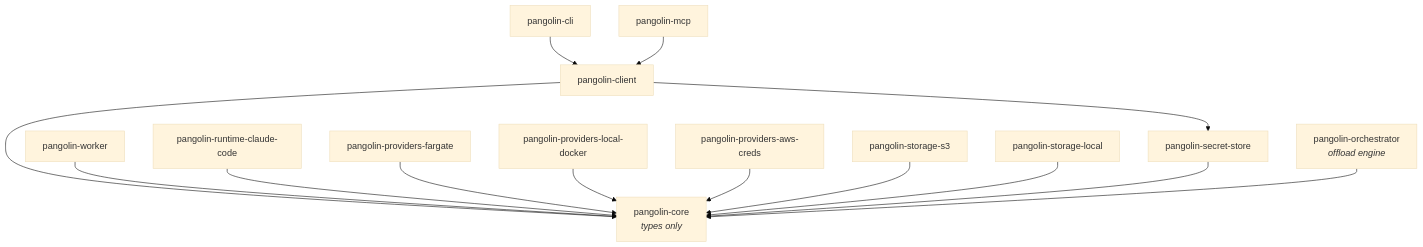
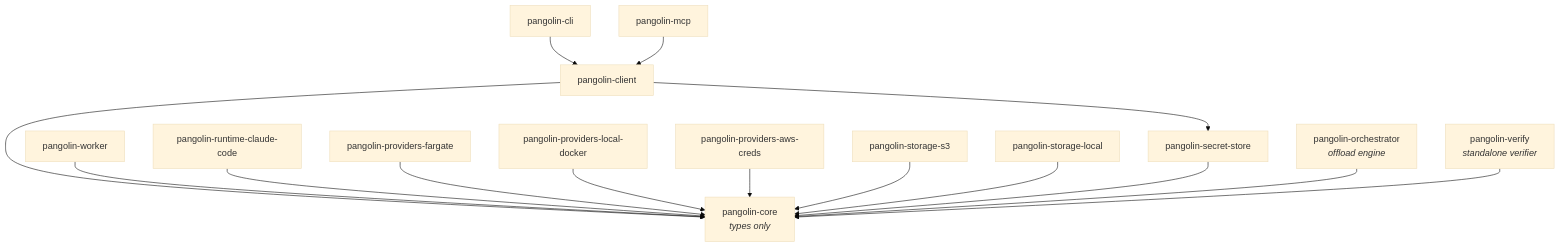
One commit to QuarrySystems/pangolin changed the diagram in docs-site/src/content/docs/reference/package-map.md. Above: the diagram before and after it, drawn with Mermaid (base theme). The commit also changed other lines of this file and 7 other files, not shown here.

Commit message:
docs: sync doc-site + ROADMAP with trusted-time + standalone-verifier work (14th package, time tier, shipped #1/#6)

````diff
--- a/docs-site/src/content/docs/reference/package-map.md
+++ b/docs-site/src/content/docs/reference/package-map.md
@@ -42,30 +43,32 @@
 ```mermaid
 graph TD
   core[pangolin-core<br/><i>types only</i>]
   client[pangolin-client]
   cli[pangolin-cli]
   mcp[pangolin-mcp]
   worker[pangolin-worker]
   runtime[pangolin-runtime-claude-code]
   pfargate[pangolin-providers-fargate]
   plocal[pangolin-providers-local-docker]
   pawscreds[pangolin-providers-aws-creds]
   ss3[pangolin-storage-s3]
   slocal[pangolin-storage-local]
   secretstore[pangolin-secret-store]
   orch[pangolin-orchestrator<br/><i>offload engine</i>]
+  verify[pangolin-verify<br/><i>standalone verifier</i>]
 
   client --> core
   client --> secretstore
   cli --> client
   mcp --> client
   worker --> core
   runtime --> core
   pfargate --> core
   plocal --> core
   pawscreds --> core
   ss3 --> core
   slocal --> core
   secretstore --> core
   orch --> core
+  verify --> core
 ```
````
